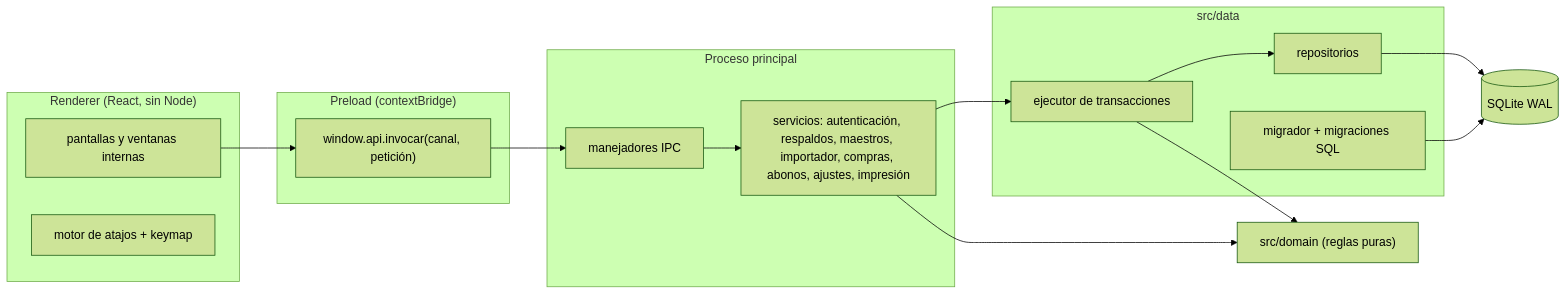
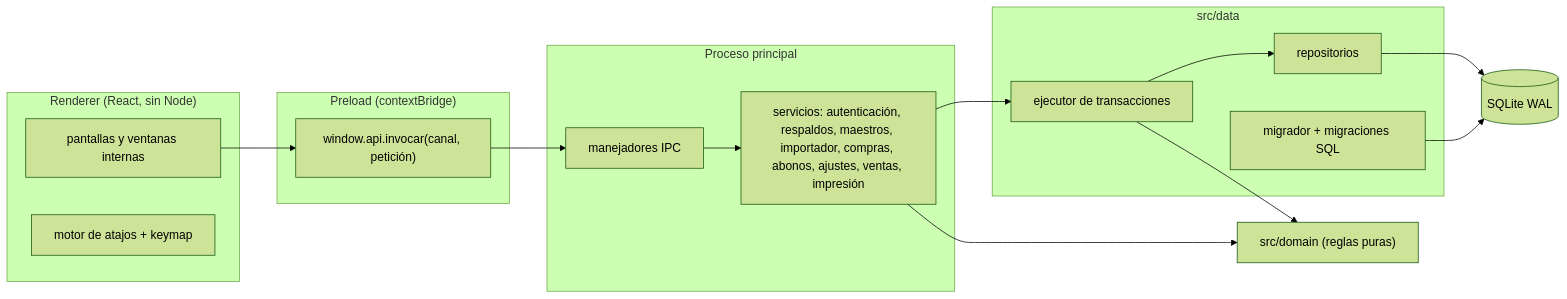
The first of 6 diagrams in docs/ARQUITECTURA.md (gabriel2090/saas), drawn with Mermaid (forest theme) before and after one commit. The commit also changed other lines of this file and 45 other files, not shown here.

````diff
--- a/docs/ARQUITECTURA.md
+++ b/docs/ARQUITECTURA.md
@@ -7,25 +7,25 @@
 ```mermaid
 flowchart LR
   subgraph Renderer["Renderer (React, sin Node)"]
     UI[pantallas y ventanas internas]
     AT[motor de atajos + keymap]
   end
   subgraph Preload["Preload (contextBridge)"]
     API["window.api.invocar(canal, petición)"]
   end
   subgraph Main["Proceso principal"]
     IPC[manejadores IPC]
-    SRV[servicios: autenticación, respaldos, maestros, importador, compras, abonos, ajustes, impresión]
+    SRV[servicios: autenticación, respaldos, maestros, importador, compras, abonos, ajustes, ventas, impresión]
   end
   subgraph Data["src/data"]
     TX[ejecutor de transacciones]
     REP[repositorios]
     MIG[migrador + migraciones SQL]
   end
   DOM["src/domain (reglas puras)"]
   DB[(SQLite WAL)]
   UI --> API --> IPC --> SRV --> TX --> REP --> DB
   SRV --> DOM
   TX --> DOM
   MIG --> DB
 ```
````
